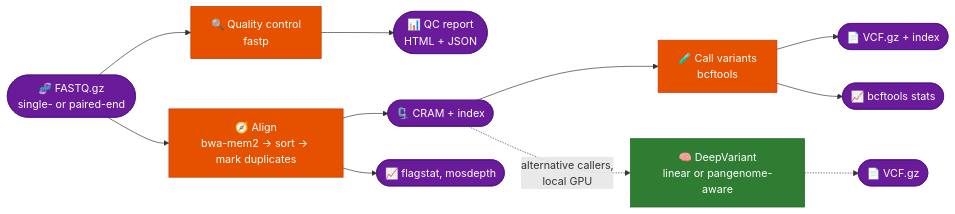
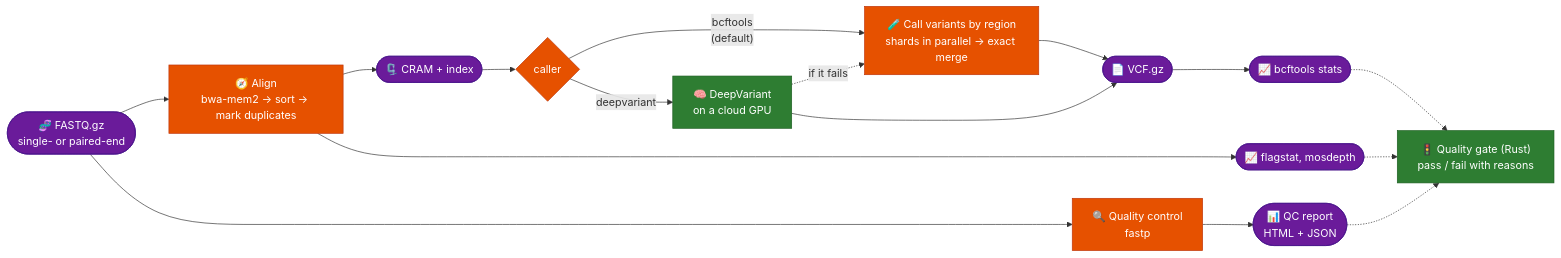
The first of 4 diagrams in README.md (Harry5haw/Geyser-Genomics), drawn with Mermaid before and after one commit. The commit also changed other lines of this file, not shown here.

````diff
--- a/README.md
+++ b/README.md
@@ -75,20 +76,25 @@
 ```mermaid
 flowchart LR
     IN(["🧬 FASTQ.gz<br/>single- or paired-end"]) --> Q["🔍 Quality control<br/>fastp"]
     IN --> A["🧭 Align<br/>bwa-mem2 → sort → mark duplicates"]
     Q --> R(["📊 QC report<br/>HTML + JSON"])
     A --> C(["🗜️ CRAM + index"])
     A --> S1(["📈 flagstat, mosdepth"])
-    C --> V["🧪 Call variants<br/>bcftools"]
-    V --> OUT(["📄 VCF.gz + index"])
-    V --> S2(["📈 bcftools stats"])
-    C -.->|"alternative callers,<br/>local GPU"| DV["🧠 DeepVariant<br/>linear or pangenome-aware"]
-    DV -.-> OUT2(["📄 VCF.gz"])
+    C --> CH{"caller"}
+    CH -->|"bcftools<br/>(default)"| V["🧪 Call variants by region<br/>shards in parallel → exact merge"]
+    CH -->|"deepvariant"| DV["🧠 DeepVariant<br/>on a cloud GPU"]
+    DV -.->|"if it fails"| V
+    V --> OUT(["📄 VCF.gz"])
+    DV --> OUT
+    OUT --> S2(["📈 bcftools stats"])
+    S2 -.-> G["🚦 Quality gate (Rust)<br/>pass / fail with reasons"]
+    S1 -.-> G
+    R -.-> G
 
     classDef io fill:#6A1B9A,stroke:#4A148C,color:#fff
     classDef stage fill:#E65100,stroke:#BF360C,color:#fff
     classDef alt fill:#2E7D32,stroke:#1B5E20,color:#fff
-    class IN,OUT,OUT2,R,C,S1,S2 io
-    class Q,A,V stage
-    class DV alt
+    class IN,OUT,R,C,S1,S2 io
+    class Q,A,V,CH stage
+    class DV,G alt
 ```
````
